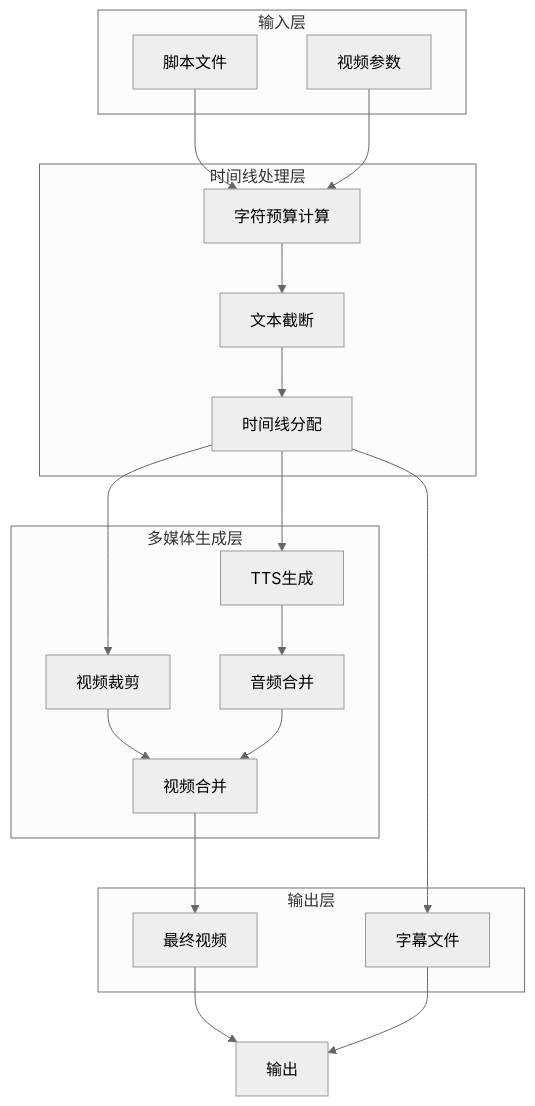
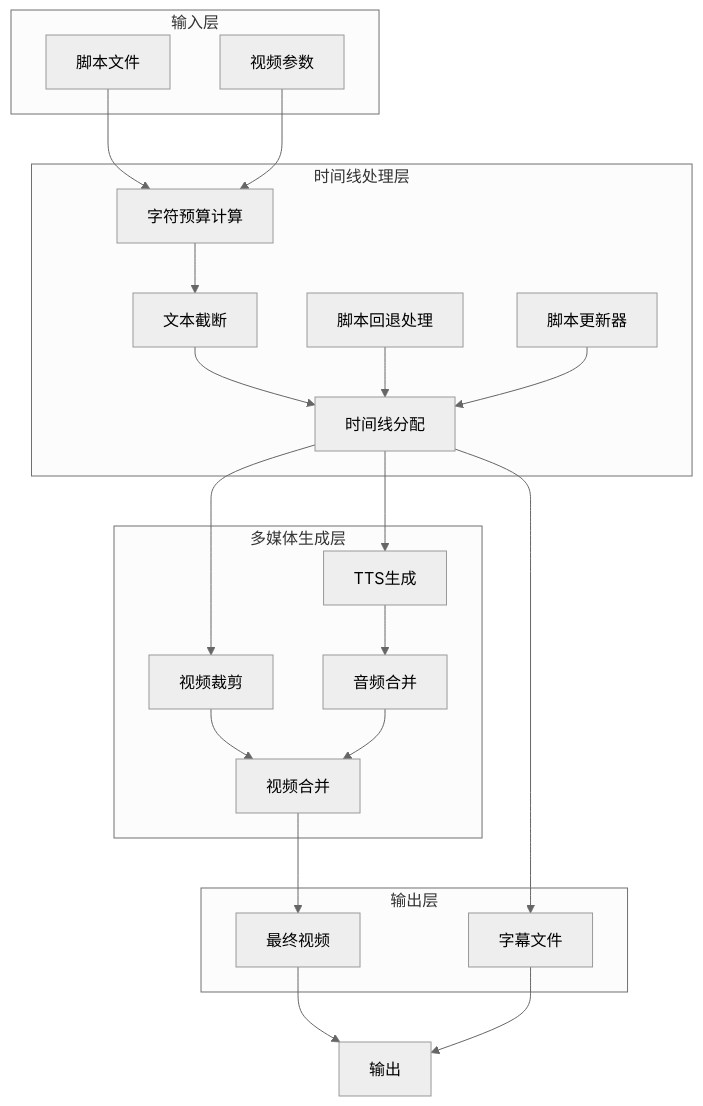
One commit to wowoduang/AIVideoClaude changed the fourth of 12 diagrams in .qoder/repowiki/zh/content/核心功能/视频处理服务/时间线分配器.md. Above: the diagram before and after it, drawn with Mermaid (neutral theme). The commit also changed other lines of this file and 26 other files, not shown here.

````diff
--- a/.qoder/repowiki/zh/content/核心功能/视频处理服务/时间线分配器.md
+++ b/.qoder/repowiki/zh/content/核心功能/视频处理服务/时间线分配器.md
@@ -149,35 +171,39 @@
 ```mermaid
 graph TB
 subgraph "输入层"
 Script[脚本文件]
 Params[视频参数]
 end
 subgraph "时间线处理层"
 Budget[字符预算计算]
 TextTrim[文本截断]
 TimelineAssign[时间线分配]
+ScriptFallback[脚本回退处理]
+UpdateScript[脚本更新器]
 end
 subgraph "多媒体生成层"
 TTSGen[TTS生成]
 VideoClip[视频裁剪]
 AudioMerge[音频合并]
 VideoMerge[视频合并]
 end
 subgraph "输出层"
 FinalVideo[最终视频]
 Subtitles[字幕文件]
 end
 Script --> Budget
 Params --> Budget
 Budget --> TextTrim
 TextTrim --> TimelineAssign
+ScriptFallback --> TimelineAssign
+UpdateScript --> TimelineAssign
 TimelineAssign --> TTSGen
 TimelineAssign --> VideoClip
 TTSGen --> AudioMerge
 VideoClip --> VideoMerge
 AudioMerge --> VideoMerge
 VideoMerge --> FinalVideo
 TimelineAssign --> Subtitles
 FinalVideo --> Output[输出]
 Subtitles --> Output
 ```
````
